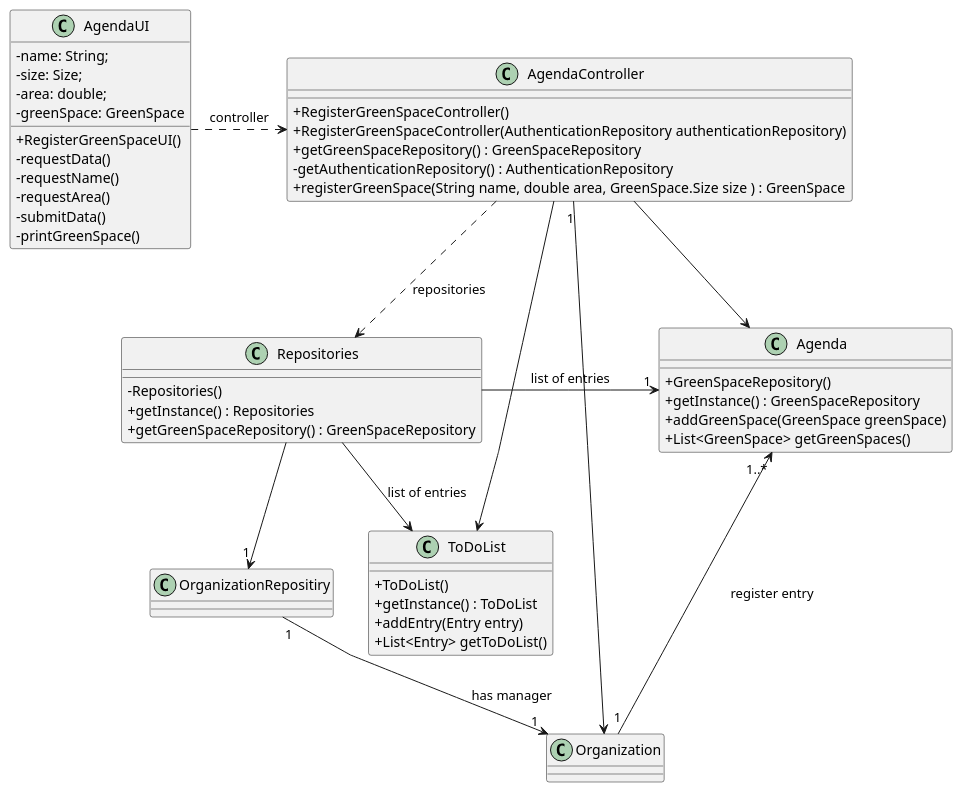
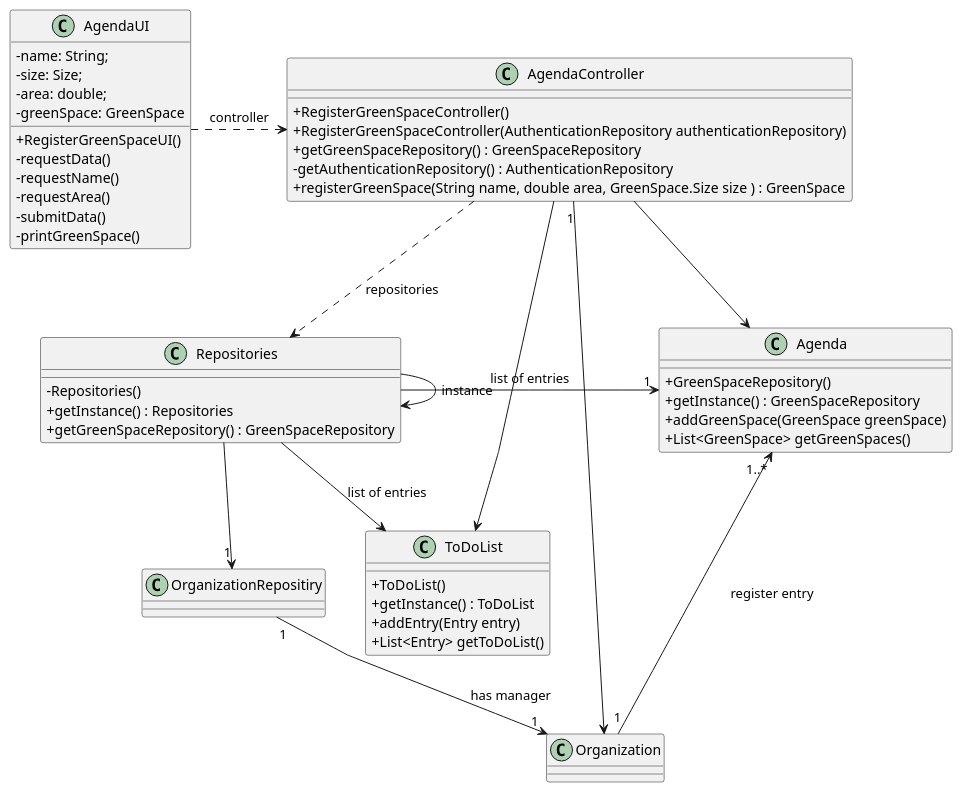
Before and after one commit to Departamento-de-Engenharia-Informatica/lei-24-s2-1df-1de-g063: the diagram in docs/SprintC/us022/03.design/puml/us022-class-diagram.puml, drawn with PlantUML. The commit also changed 9 other files, not shown here.

Commit message:
US22 class diagram and US 20 class + sd and java fx us 20 and 21

```diff
--- a/docs/SprintC/us022/03.design/puml/us022-class-diagram.puml
+++ b/docs/SprintC/us022/03.design/puml/us022-class-diagram.puml
@@ -1,67 +1,69 @@
 @startuml
 'skinparam monochrome true
 skinparam packageStyle rectangle
 skinparam shadowing false
 skinparam linetype polyline
 'skinparam linetype orto
 
 skinparam classAttributeIconSize 0
 
 'left to right direction
 class ToDoList{
 
 +ToDoList()
 +getInstance() : ToDoList
 +addEntry(Entry entry)
 +List<Entry> getToDoList()
 }
 class AgendaUI{
 -name: String;
 -size: Size;
 -area: double;
 -greenSpace: GreenSpace
 
 +RegisterGreenSpaceUI()
 -requestData()
 -requestName()
 -requestArea()
 -submitData()
 -printGreenSpace()
 }
 
 class AgendaController{
 
     +RegisterGreenSpaceController()
     +RegisterGreenSpaceController(AuthenticationRepository authenticationRepository)
     +getGreenSpaceRepository() : GreenSpaceRepository
     -getAuthenticationRepository() : AuthenticationRepository
     +registerGreenSpace(String name, double area, GreenSpace.Size size ) : GreenSpace
 }
 
 class Repositories{
     - Repositories()
     + getInstance() : Repositories
     + getGreenSpaceRepository() : GreenSpaceRepository
 }
 class ToDoList {}
 class Agenda{
     +GreenSpaceRepository()
     +getInstance() : GreenSpaceRepository
     +addGreenSpace(GreenSpace greenSpace)
     +List<GreenSpace> getGreenSpaces()
 }
 class Organization{}
 
 
 AgendaUI .> AgendaController : controller
 AgendaController ..> Repositories : repositories
 Repositories -> "1" Agenda : list of entries
 Repositories --> ToDoList : list of entries
 ToDoList <-down- AgendaController
 AgendaController-->Agenda
 Repositories -down-> "1" OrganizationRepositiry
 OrganizationRepositiry "1" --> "1" Organization : has manager
 Agenda "1..*" <-- "1" Organization : register entry
 AgendaController "1" --> Organization
+Repositories --> Repositories: instance
+
 
 @enduml
```
